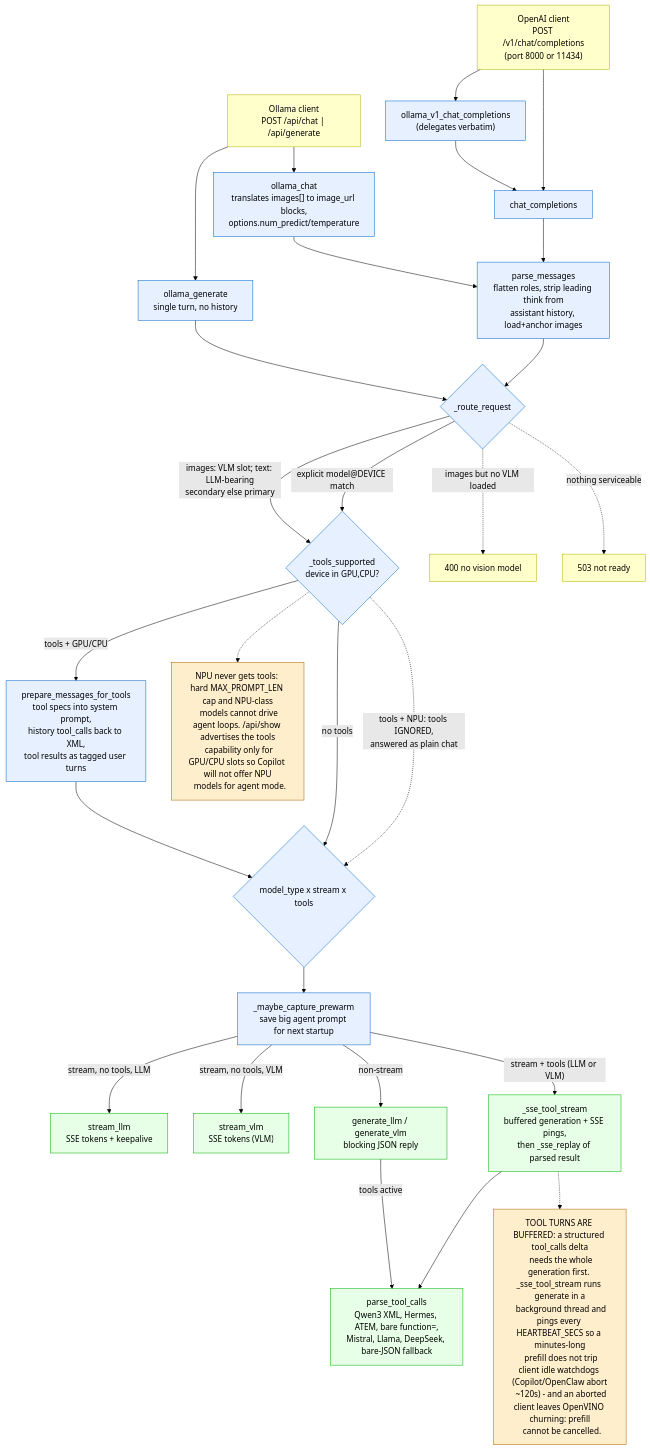
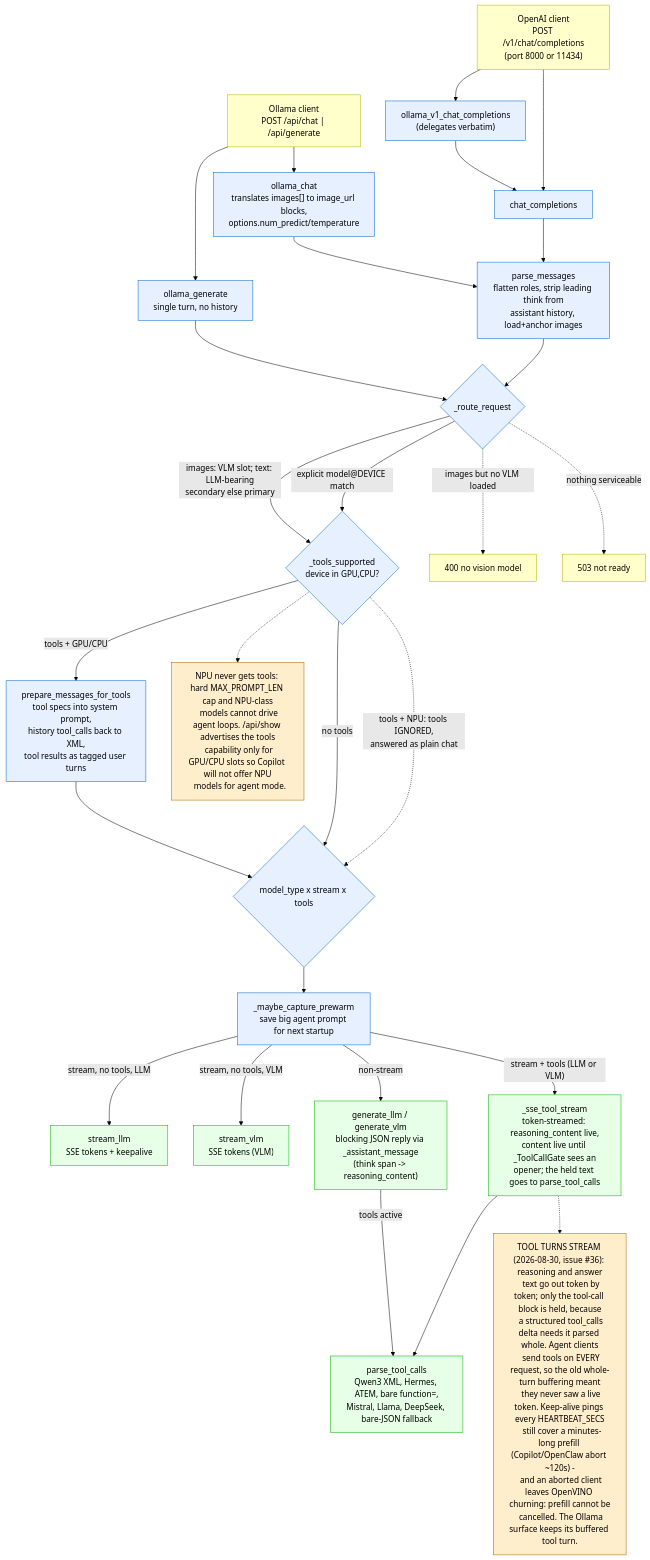
The diagram in docs/request-flow.mmd (PearTr0191/NoLlama), drawn with Mermaid (forest theme) before and after one commit. The commit also changed 11 other files, not shown here.

First line of the commit message:
Stream tool turns; reasoning travels as reasoning_content (#36)

```diff
--- a/docs/request-flow.mmd
+++ b/docs/request-flow.mmd
@@ -1,80 +1,83 @@
 %% Request routing and generation-path selection, both API surfaces.
 %% Drawn 2026-08-19 from nollama.py @ 85e796f (source read, paths verified in code).
+%% Updated 2026-08-30: tool turns stream (issue #36); _sse_replay removed, _assistant_message added.
 %% Legend: solid = normal path, dashed = refused/degraded path,
 %%         ALL-CAPS nodes = prose annotations.
 %% Palette: route (blue) = request handling, gen (green) = generation paths,
 %%          client (yellow) = client-visible surfaces, warn (orange) = annotations.
-%% covers: nollama.py:chat_completions,ollama_chat,ollama_generate,ollama_v1_chat_completions,parse_messages,_route_request,_tools_supported,prepare_messages_for_tools,_maybe_capture_prewarm,_sse_tool_stream,_sse_replay,parse_tool_calls
+%% covers: nollama.py:chat_completions,ollama_chat,ollama_generate,ollama_v1_chat_completions,parse_messages,_route_request,_tools_supported,prepare_messages_for_tools,_maybe_capture_prewarm,_sse_tool_stream,_assistant_message,parse_tool_calls
 flowchart TB
   openai_client["OpenAI client<br/>POST /v1/chat/completions<br/>(port 8000 or 11434)"]
   ollama_client["Ollama client<br/>POST /api/chat | /api/generate"]
 
   chat_completions["chat_completions"]
   ollama_v1_chat_completions["ollama_v1_chat_completions<br/>(delegates verbatim)"]
   ollama_chat["ollama_chat<br/>translates images[] to image_url blocks,<br/>options.num_predict/temperature"]
   ollama_generate["ollama_generate<br/>single turn, no history"]
 
   parse_messages["parse_messages<br/>flatten roles, strip leading think from<br/>assistant history, load+anchor images"]
   _route_request{"_route_request"}
   _tools_supported{"_tools_supported<br/>device in GPU,CPU?"}
   prepare_messages_for_tools["prepare_messages_for_tools<br/>tool specs into system prompt,<br/>history tool_calls back to XML,<br/>tool results as tagged user turns"]
   _maybe_capture_prewarm["_maybe_capture_prewarm<br/>save big agent prompt for next startup"]
 
   stream_llm["stream_llm<br/>SSE tokens + keepalive"]
   stream_vlm["stream_vlm<br/>SSE tokens (VLM)"]
-  _sse_tool_stream["_sse_tool_stream<br/>buffered generation + SSE pings,<br/>then _sse_replay of parsed result"]
-  generate_blocking["generate_llm / generate_vlm<br/>blocking JSON reply"]
+  _sse_tool_stream["_sse_tool_stream<br/>token-streamed: reasoning_content live,<br/>content live until _ToolCallGate sees an<br/>opener; the held text goes to parse_tool_calls"]
+  generate_blocking["generate_llm / generate_vlm<br/>blocking JSON reply via _assistant_message<br/>(think span -> reasoning_content)"]
   parse_tool_calls["parse_tool_calls<br/>Qwen3 XML, Hermes, ATEM, bare function=,<br/>Mistral, Llama, DeepSeek, bare-JSON fallback"]
 
   openai_client --> chat_completions
   ollama_client --> ollama_chat
   ollama_client --> ollama_generate
   openai_client --> ollama_v1_chat_completions --> chat_completions
 
   chat_completions --> parse_messages --> _route_request
   ollama_chat --> parse_messages
   ollama_generate --> _route_request
 
   _route_request -->|"explicit model@DEVICE match"| _tools_supported
   _route_request -->|"images: VLM slot; text: LLM-bearing<br/>secondary else primary"| _tools_supported
   _route_request -.->|"images but no VLM loaded"| refuse400["400 no vision model"]
   _route_request -.->|"nothing serviceable"| refuse503["503 not ready"]
 
   _tools_supported -->|"tools + GPU/CPU"| prepare_messages_for_tools
   _tools_supported -.->|"tools + NPU: tools IGNORED,<br/>answered as plain chat"| pathpick
   _tools_supported -->|no tools| pathpick
 
   prepare_messages_for_tools --> pathpick
   pathpick{"model_type x stream x tools"}
   pathpick --> _maybe_capture_prewarm
 
   _maybe_capture_prewarm -->|"stream, no tools, LLM"| stream_llm
   _maybe_capture_prewarm -->|"stream, no tools, VLM"| stream_vlm
   _maybe_capture_prewarm -->|"stream + tools (LLM or VLM)"| _sse_tool_stream
   _maybe_capture_prewarm -->|non-stream| generate_blocking
 
   _sse_tool_stream --> parse_tool_calls
   generate_blocking -->|tools active| parse_tool_calls
 
-  BUFFERED["TOOL TURNS ARE BUFFERED: a structured tool_calls delta
-  needs the whole generation first. _sse_tool_stream runs generate in a
-  background thread and pings every HEARTBEAT_SECS so a minutes-long
-  prefill does not trip client idle watchdogs (Copilot/OpenClaw abort
-  ~120s) - and an aborted client leaves OpenVINO churning: prefill
-  cannot be cancelled."]
-  _sse_tool_stream -.-> BUFFERED
+  GATED["TOOL TURNS STREAM (2026-08-30, issue #36): reasoning and answer
+  text go out token by token; only the tool-call block is held, because
+  a structured tool_calls delta needs it parsed whole. Agent clients
+  send tools on EVERY request, so the old whole-turn buffering meant
+  they never saw a live token. Keep-alive pings every HEARTBEAT_SECS
+  still cover a minutes-long prefill (Copilot/OpenClaw abort ~120s) -
+  and an aborted client leaves OpenVINO churning: prefill cannot be
+  cancelled. The Ollama surface keeps its buffered tool turn."]
+  _sse_tool_stream -.-> GATED
 
   NPUGATE["NPU never gets tools: hard MAX_PROMPT_LEN cap and NPU-class
   models cannot drive agent loops. /api/show advertises the tools
   capability only for GPU/CPU slots so Copilot will not offer NPU
   models for agent mode."]
   _tools_supported -.-> NPUGATE
 
   classDef route fill:#e6f0ff,stroke:#0066cc,color:#000
   classDef gen fill:#e6ffe6,stroke:#00b300,color:#000
   classDef client fill:#ffffcc,stroke:#b3b300,color:#000
   classDef warn fill:#fec,stroke:#a60,color:#000
   class chat_completions,ollama_chat,ollama_generate,ollama_v1_chat_completions,parse_messages,_route_request,_tools_supported,prepare_messages_for_tools,_maybe_capture_prewarm,pathpick route
   class stream_llm,stream_vlm,_sse_tool_stream,generate_blocking,parse_tool_calls gen
   class openai_client,ollama_client,refuse400,refuse503 client
-  class BUFFERED,NPUGATE warn
+  class GATED,NPUGATE warn
```
